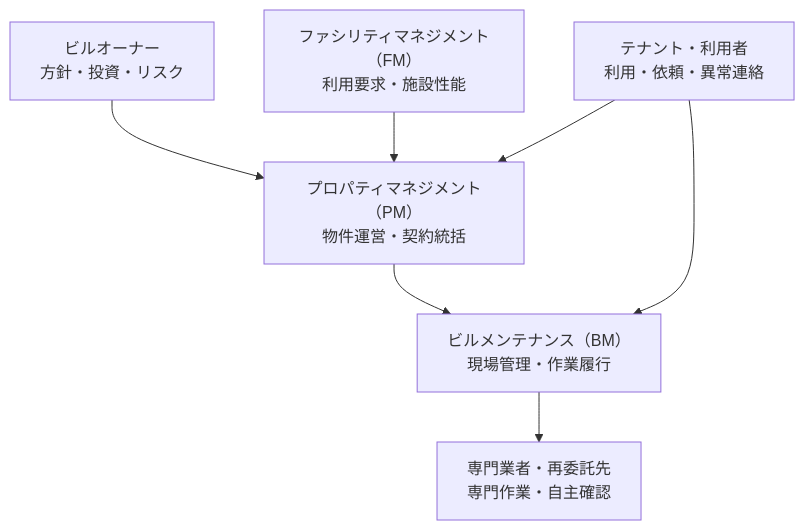
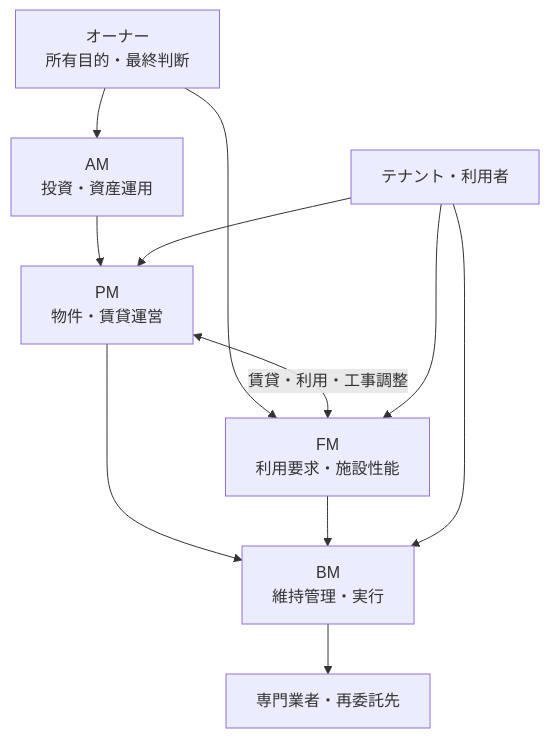
The diagram in src/content/docs/introduction/people-and-roles.md (tsumasaki-kurageya/property-management-pdm), drawn with Mermaid before and after one commit. The commit also changed other lines of this file and 3 other files, not shown here.

````diff
--- a/src/content/docs/introduction/people-and-roles.md
+++ b/src/content/docs/introduction/people-and-roles.md
@@ -16,9 +28,19 @@
 ```mermaid
 flowchart TB
-    O["ビルオーナー\n方針・投資・リスク"] --> P["プロパティマネジメント（PM）\n物件運営・契約統括"]
-    F["ファシリティマネジメント（FM）\n利用要求・施設性能"] --> P
-    P --> B["ビルメンテナンス（BM）\n現場管理・作業履行"]
-    B --> X["専門業者・再委託先\n専門作業・自主確認"]
-    T["テナント・利用者\n利用・依頼・異常連絡"] --> P
+    O["オーナー<br/>所有目的・最終判断"]
+    A["AM<br/>投資・資産運用"]
+    P["PM<br/>物件・賃貸運営"]
+    F["FM<br/>利用要求・施設性能"]
+    B["BM<br/>維持管理・実行"]
+    X["専門業者・再委託先"]
+    T["テナント・利用者"]
+    O --> A --> P
+    O --> F
+    P <-->|"賃貸・利用・工事調整"| F
+    P --> B
+    F --> B
+    B --> X
+    T --> P
+    T --> F
     T --> B
 ```
````
